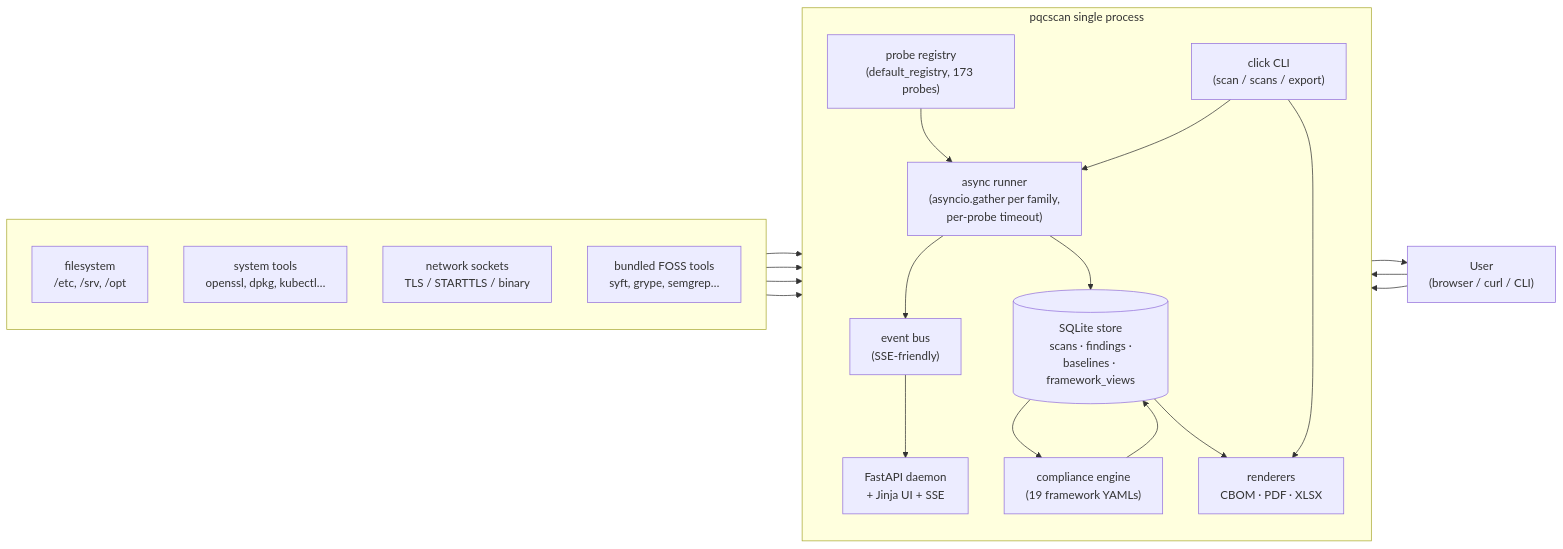
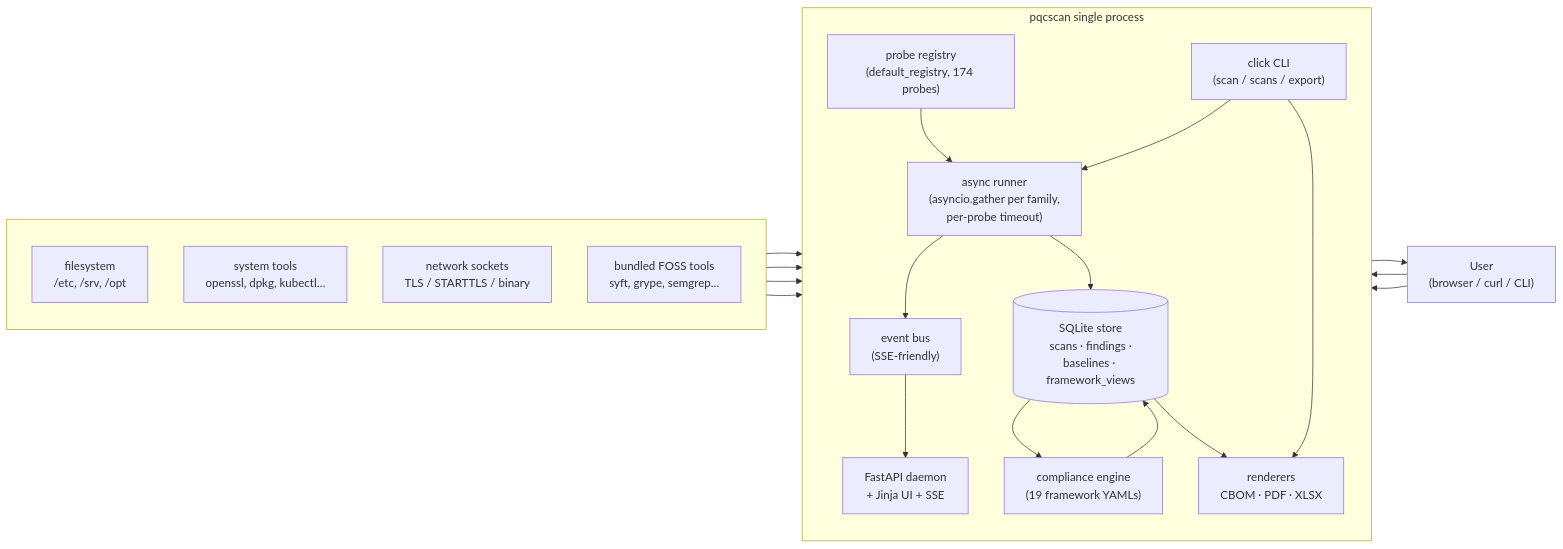
The first of 8 diagrams in README.md (orengacademy/pqc-scanner2), drawn with Mermaid before and after one commit. The commit also changed other lines of this file and 13 other files, not shown here.

````diff
--- a/README.md
+++ b/README.md
@@ -34,39 +34,39 @@
 ```mermaid
 flowchart LR
     subgraph host[" "]
         direction TB
         FS["filesystem<br/>/etc, /srv, /opt"]
         SYS["system tools<br/>openssl, dpkg, kubectl…"]
         NET["network sockets<br/>TLS / STARTTLS / binary"]
         FOSS["bundled FOSS tools<br/>syft, grype, semgrep…"]
     end
 
     subgraph proc["pqcscan single process"]
         direction TB
-        REG["probe registry<br/>(default_registry, 173 probes)"]
+        REG["probe registry<br/>(default_registry, 174 probes)"]
         RUN["async runner<br/>(asyncio.gather per family,<br/>per-probe timeout)"]
         BUS["event bus<br/>(SSE-friendly)"]
         REPO[("SQLite store<br/>scans · findings ·<br/>baselines · framework_views")]
         COMP["compliance engine<br/>(19 framework YAMLs)"]
         DAEMON["FastAPI daemon<br/>+ Jinja UI + SSE"]
         CLI["click CLI<br/>(scan / scans / export)"]
         REND["renderers<br/>CBOM · PDF · XLSX"]
     end
 
     USER["User<br/>(browser / curl / CLI)"]
 
     FS  --> RUN
     SYS --> RUN
     NET --> RUN
     FOSS --> RUN
     REG --> RUN
     RUN --> BUS --> DAEMON
     RUN --> REPO
     REPO --> COMP --> REPO
     REPO --> REND
     DAEMON --> USER
     CLI   --> RUN
     CLI   --> REND
     USER  --> DAEMON
     USER  --> CLI
 ```
````
